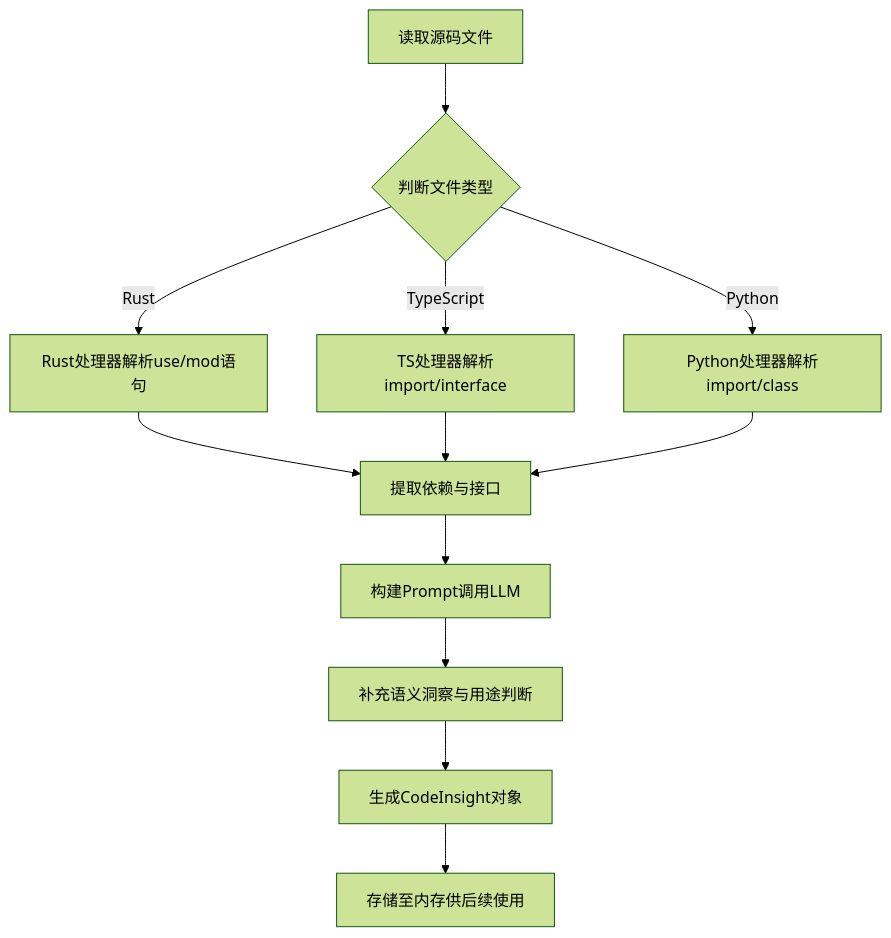
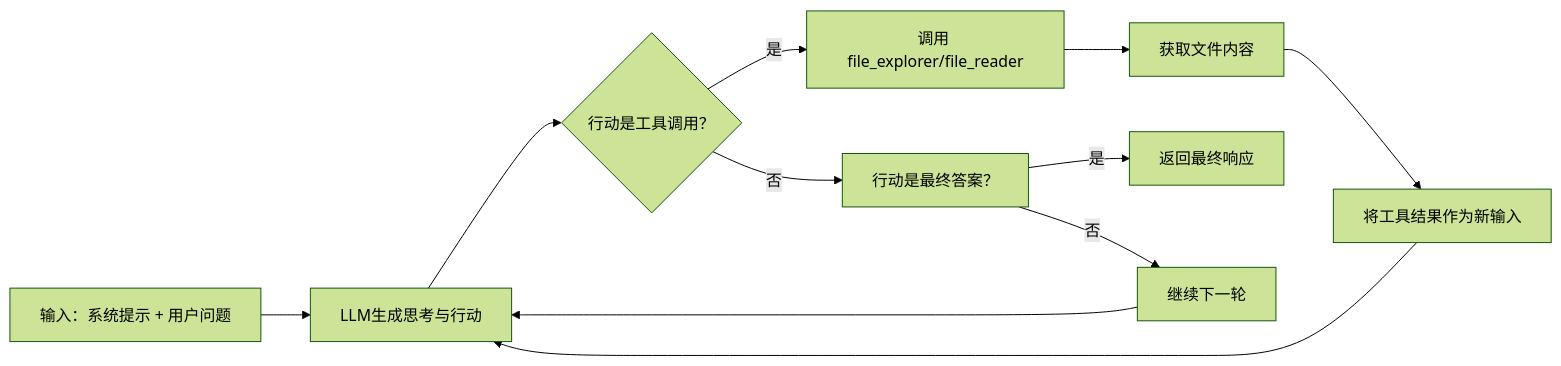
One commit to BigtoC/deepwiki-rs changed the fourth of 5 diagrams in docs/3、工作流程.md. Above: the diagram before and after it, drawn with Mermaid (forest theme). The commit also changed other lines of this file and 13 other files, not shown here.

````diff
--- a/docs/3、工作流程.md
+++ b/docs/3、工作流程.md
@@ -85,14 +209,13 @@
 ```mermaid
-graph TD
-    A[读取源码文件] --> B{判断文件类型}
-    B -->|Rust| C[Rust处理器解析use/mod语句]
-    B -->|TypeScript| D[TS处理器解析import/interface]
-    B -->|Python| E[Python处理器解析import/class]
-    C --> F[提取依赖与接口]
-    D --> F
-    E --> F
-    F --> G[构建Prompt调用LLM]
-    G --> H[补充语义洞察与用途判断]
-    H --> I[生成CodeInsight对象]
-    I --> J[存储至内存供后续使用]
+graph LR
+    A[输入：系统提示 + 用户问题] --> B[LLM生成思考与行动]
+    B --> C{行动是工具调用？}
+    C -- 是 --> D[调用 file_explorer/file_reader]
+    D --> E[获取文件内容]
+    E --> F[将工具结果作为新输入]
+    F --> B
+    C -- 否 --> G[行动是最终答案？]
+    G -- 是 --> H[返回最终响应]
+    G -- 否 --> I[继续下一轮]
+    I --> B
 ```
````
